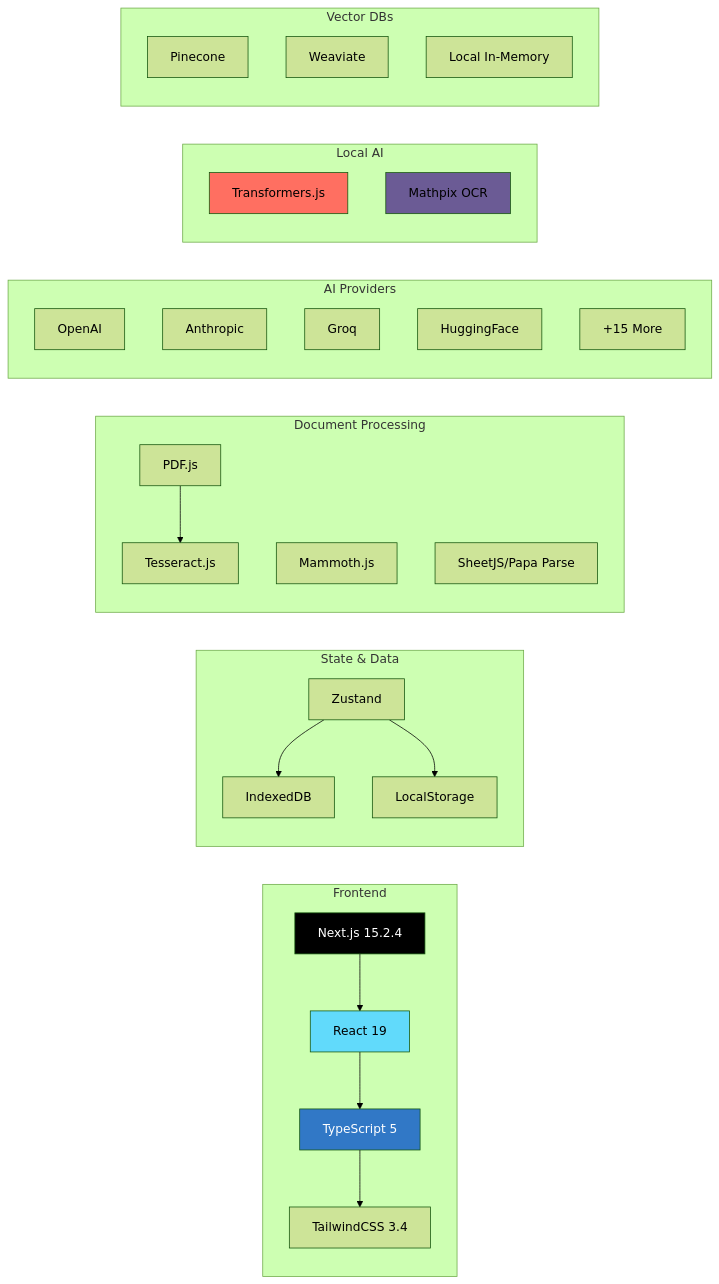
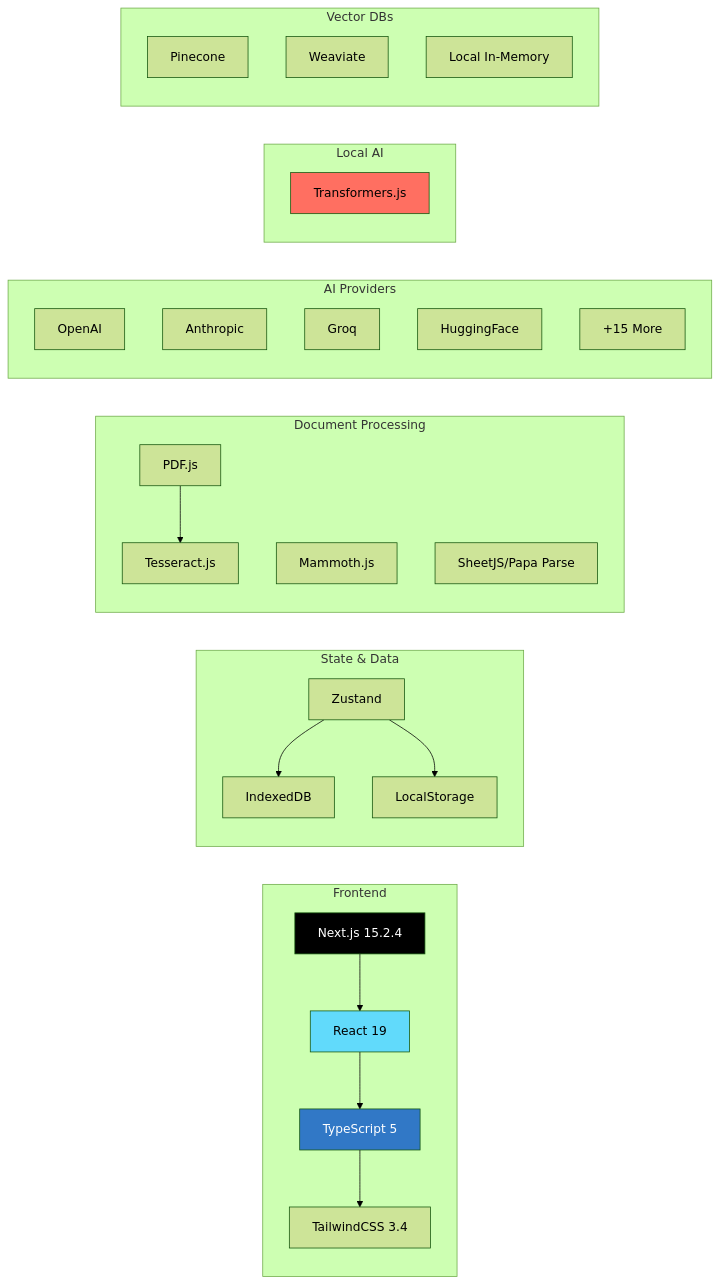
The second of 14 diagrams in docs/ARCHITECTURE_FLOWS.md (Kedhareswer/QuantumPDF_ChatApp_VectorDB), drawn with Mermaid (forest theme) before and after one commit. The commit also changed other lines of this file and 26 other files, not shown here.

````diff
--- a/docs/ARCHITECTURE_FLOWS.md
+++ b/docs/ARCHITECTURE_FLOWS.md
@@ -77,54 +89,52 @@
 ```mermaid
 graph LR
     subgraph "Frontend"
         NEXT[Next.js 15.2.4]
         REACT[React 19]
         TS[TypeScript 5]
         TAIL[TailwindCSS 3.4]
     end
 
     subgraph "State & Data"
         ZUS[Zustand]
         IDB[IndexedDB]
         LOCAL[LocalStorage]
     end
 
     subgraph "Document Processing"
         PDFJS[PDF.js]
         TESS[Tesseract.js]
         MAMMOTH[Mammoth.js]
         SHEETJS[SheetJS/Papa Parse]
     end
 
     subgraph "AI Providers"
         OAI[OpenAI]
         ANT[Anthropic]
         GROQ[Groq]
         HF[HuggingFace]
         MORE[+15 More]
     end
 
     subgraph "Local AI"
         TRANS[Transformers.js]
-        MATHPIX[Mathpix OCR]
     end
 
     subgraph "Vector DBs"
         PINE[Pinecone]
         WEAV[Weaviate]
         MEM[Local In-Memory]
     end
 
     NEXT --> REACT
     REACT --> TS
     TS --> TAIL
     ZUS --> IDB
     ZUS --> LOCAL
     PDFJS --> TESS
 
     style NEXT fill:#000,color:#fff
     style REACT fill:#61dafb
     style TS fill:#3178c6,color:#fff
     style TRANS fill:#ff6f61
-    style MATHPIX fill:#6b5b95
 ```
````
